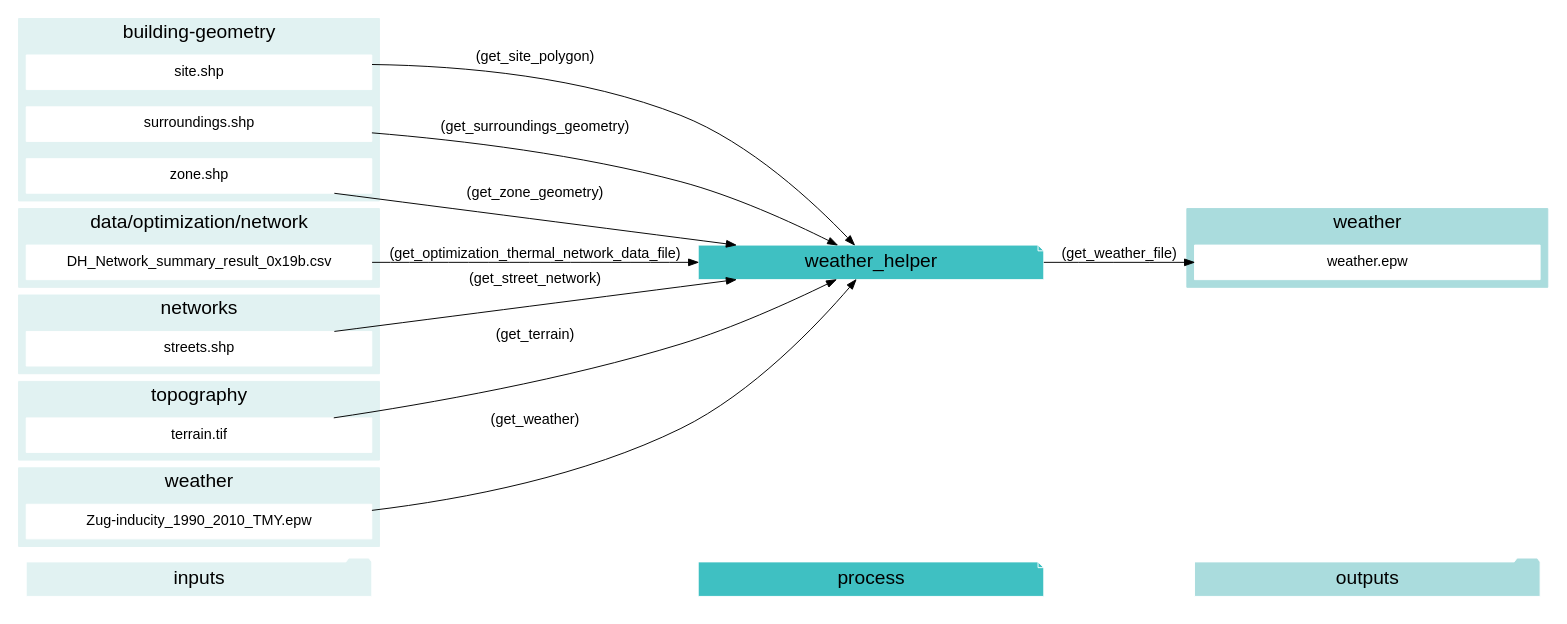
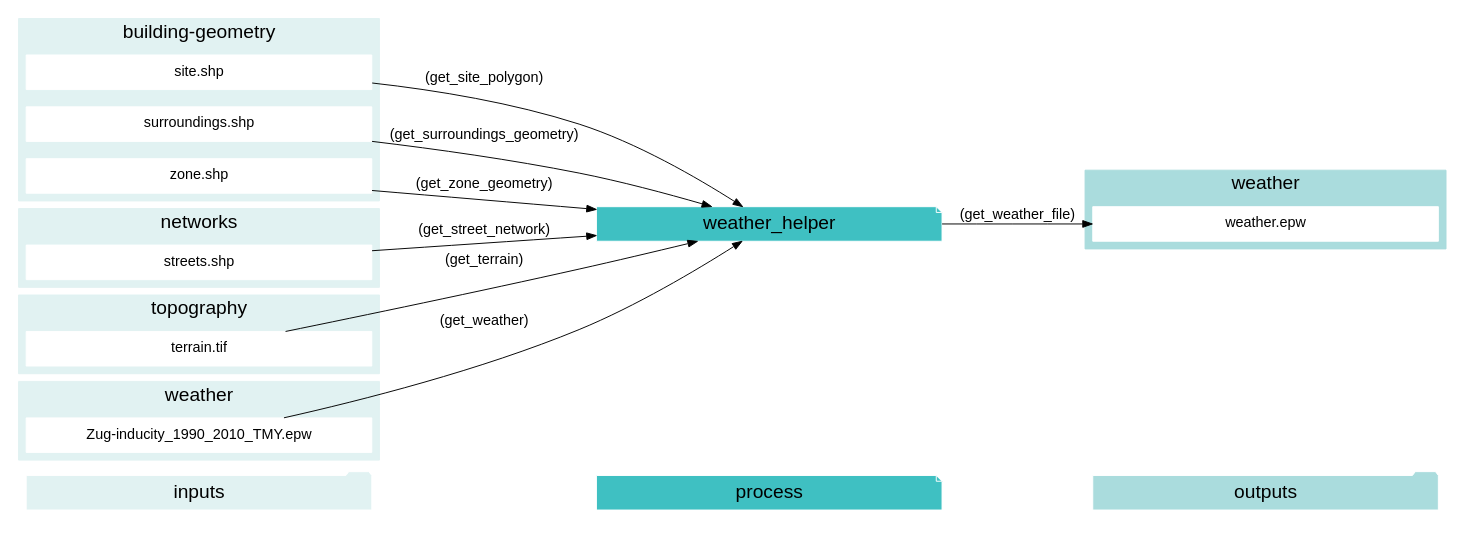
The diagram in docs/graphviz/weather_helper.gv (architecture-building-systems/CityEnergyAnalyst), drawn with Graphviz before and after one commit. The commit also changed 25 other files, not shown here.

Commit message:
working on the graphviz output

```diff
--- a/docs/graphviz/weather_helper.gv
+++ b/docs/graphviz/weather_helper.gv
@@ -1,75 +1,66 @@
 digraph trace_inputlocator {
     rankdir="LR";
     graph [overlap=false, fontname=arial];
     node [shape=box, style=filled, color=white, fontsize=15, fontname=arial, fixedsize=true, width=5];
     edge [fontname=arial, fontsize = 15]
     newrank=true
     subgraph cluster_legend {
     fontsize=25
     style=invis
     "process"[style=filled, fillcolor="#3FC0C2", shape=note, fontsize=20, fontname="arial"]
     "inputs" [style=filled, shape=folder, color=white, fillcolor="#E1F2F2", fontsize=20]
     "outputs"[style=filled, shape=folder, color=white, fillcolor="#aadcdd", fontsize=20]
     "inputs"->"process"[style=invis]
     "process"->"outputs"[style=invis]
     }
     "weather_helper"[style=filled, color=white, fillcolor="#3FC0C2", shape=note, fontsize=20, fontname=arial];
     subgraph cluster_0_in {
         style = filled;
         color = "#E1F2F2";
         fontsize = 20;
         rank=same;
         label="building-geometry";
         "site.shp"
         "surroundings.shp"
         "zone.shp"
     }
     subgraph cluster_1_in {
         style = filled;
         color = "#E1F2F2";
         fontsize = 20;
         rank=same;
-        label="data/optimization/network";
-        "DH_Network_summary_result_0x19b.csv"
-    }
-    subgraph cluster_2_in {
-        style = filled;
-        color = "#E1F2F2";
-        fontsize = 20;
-        rank=same;
         label="networks";
         "streets.shp"
     }
-    subgraph cluster_3_in {
+    subgraph cluster_2_in {
         style = filled;
         color = "#E1F2F2";
         fontsize = 20;
         rank=same;
         label="topography";
         "terrain.tif"
     }
-    subgraph cluster_4_in {
+    subgraph cluster_3_in {
         style = filled;
         color = "#E1F2F2";
         fontsize = 20;
         rank=same;
         label="weather";
         "Zug-inducity_1990_2010_TMY.epw"
     }
-    subgraph cluster_4_out {
+    subgraph cluster_3_out {
         style = filled;
         color = "#aadcdd";
         fontsize = 20;
         rank=same;
         label="weather";
         "weather.epw"
     }
-    "DH_Network_summary_result_0x19b.csv" -> "weather_helper"[label="(get_optimization_thermal_network_data_file)"]
     "site.shp" -> "weather_helper"[label="(get_site_polygon)"]
     "streets.shp" -> "weather_helper"[label="(get_street_network)"]
     "surroundings.shp" -> "weather_helper"[label="(get_surroundings_geometry)"]
     "terrain.tif" -> "weather_helper"[label="(get_terrain)"]
     "Zug-inducity_1990_2010_TMY.epw" -> "weather_helper"[label="(get_weather)"]
     "zone.shp" -> "weather_helper"[label="(get_zone_geometry)"]
     "weather_helper" -> "weather.epw"[label="(get_weather_file)"]
     }
```
